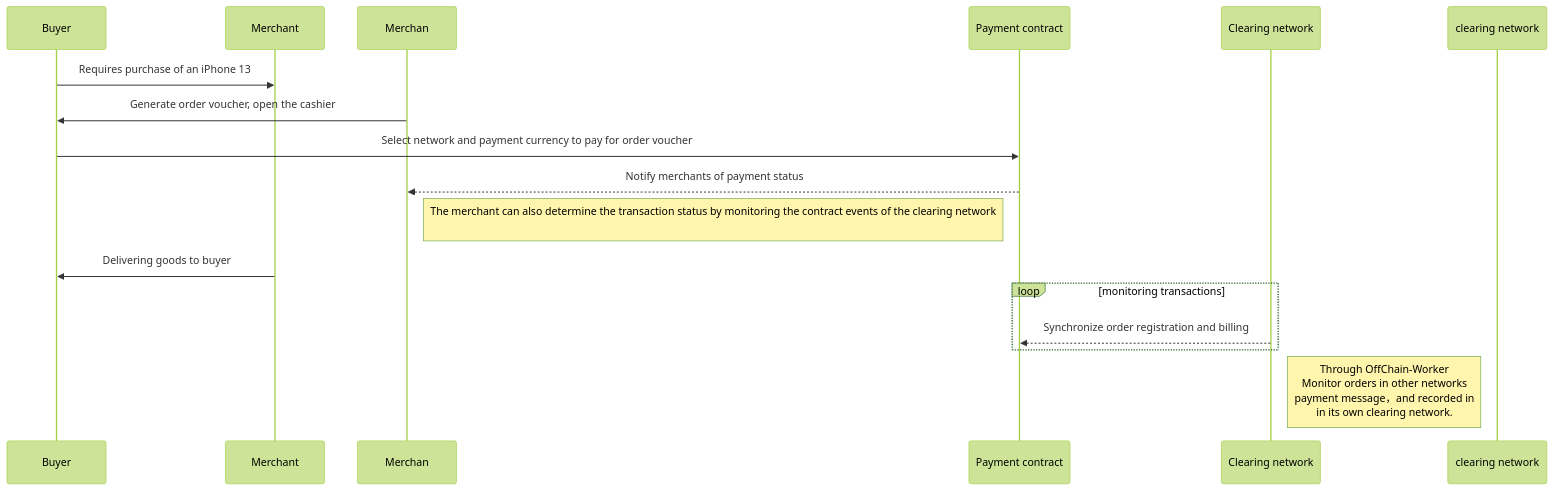
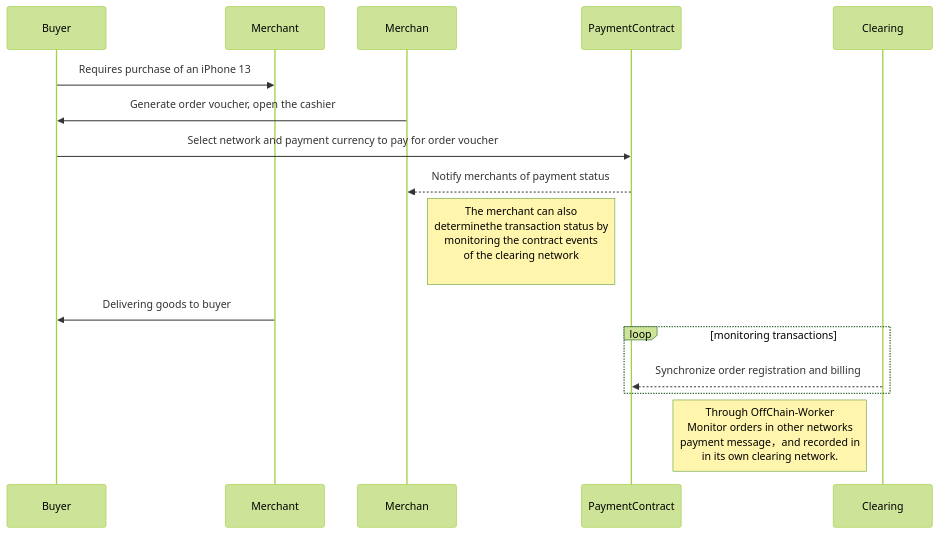
The first of 2 diagrams in index_en.md (nulls-network/acala-hackathon-ppt), drawn with Mermaid (forest theme) before and after one commit. The commit also changed other lines of this file, not shown here.

````diff
--- a/index_en.md
+++ b/index_en.md
@@ -126,13 +118,13 @@
 ```mermaid
 sequenceDiagram
     Buyer ->> Merchant: Requires purchase of an iPhone 13
     Merchan ->> Buyer : Generate order voucher, open the cashier
-    Buyer ->> Payment contract : Select network and payment currency to pay for order voucher
-    Payment contract -->> Merchan: Notify merchants of payment status
-    Note left of Payment contract : The merchant can also determine the transaction status by monitoring the contract events of the clearing network <br />
+    Buyer ->> PaymentContract : Select network and payment currency to pay for order voucher
+    PaymentContract -->> Merchan: Notify merchants of payment status
+    Note left of PaymentContract : The merchant can also <br /> determinethe transaction status by <br />monitoring the contract events <br />of the clearing network <br />
     Merchant ->> Buyer : Delivering goods to buyer
     loop monitoring transactions
-        Clearing network -->> Payment contract : Synchronize order registration and billing
+        Clearing -->> PaymentContract : Synchronize order registration and billing
     end 
-    Note left of clearing network : Through OffChain-Worker<br/>Monitor orders in other networks<br/>payment message，and recorded in<br/>in its own clearing network.
+    Note left of Clearing : Through OffChain-Worker<br/>Monitor orders in other networks<br/>payment message，and recorded in<br/>in its own clearing network.
 ```
````
